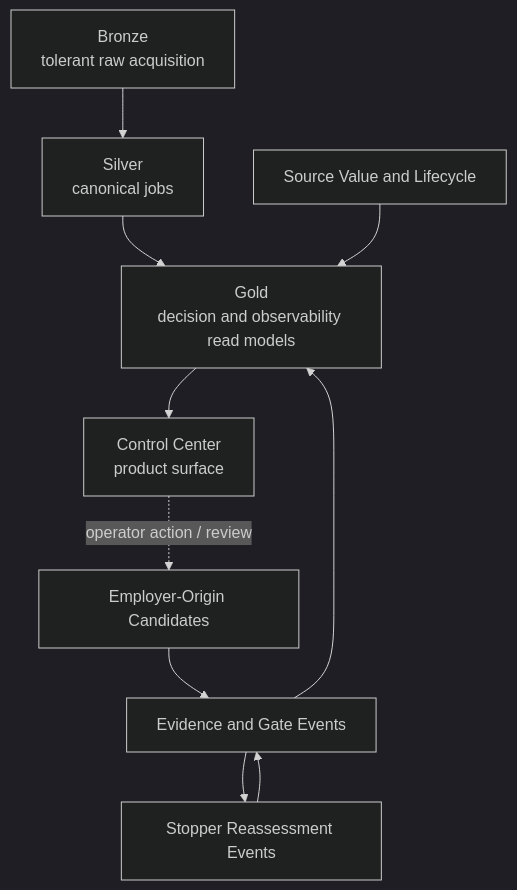
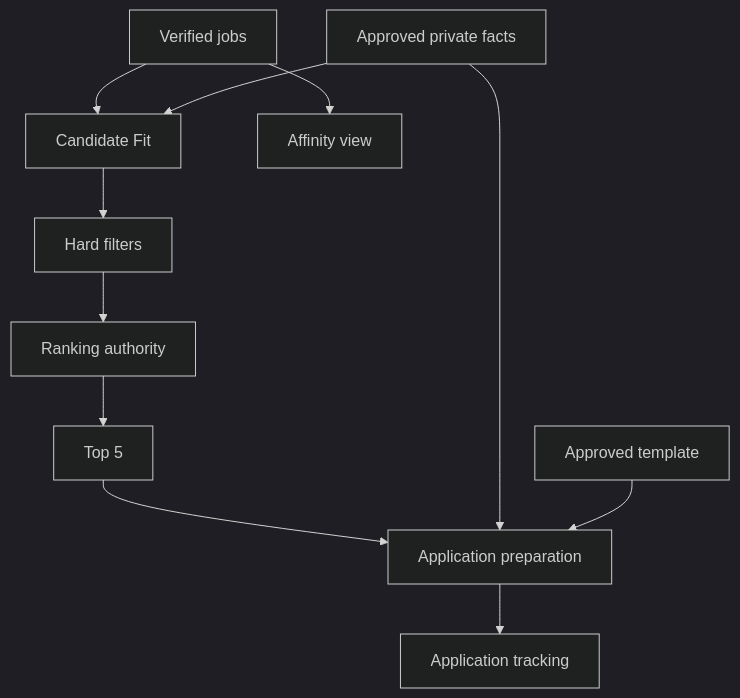
Before and after one commit to jenshaberle-dotcom/job-application-pipeline: the second of 5 diagrams in docs/current/system-diagrams.md, drawn with Mermaid (dark theme). The commit also changed other lines of this file and 357 other files, not shown here.

````diff
--- a/docs/current/system-diagrams.md
+++ b/docs/current/system-diagrams.md
@@ -130,18 +23,13 @@
 ```mermaid
-flowchart TB
-    RAW[Bronze<br/>tolerant raw acquisition]
-    SILVER[Silver<br/>canonical jobs]
-    GOLD[Gold<br/>decision and observability read models]
-    UI[Control Center<br/>product surface]
-
-    CAND[Employer-Origin Candidates]
-    EVID[Evidence and Gate Events]
-    STOP[Stopper Reassessment Events]
-    SRC[Source Value and Lifecycle]
-
-    RAW --> SILVER --> GOLD --> UI
-    CAND --> EVID --> GOLD
-    EVID --> STOP --> EVID
-    SRC --> GOLD
-    UI -.operator action / review.-> CAND
+flowchart TD
+    Jobs[Verified jobs] --> Fit[Candidate Fit]
+    Facts[Approved private facts] --> Fit
+    Jobs --> Affinity[Affinity view]
+    Fit --> Filter[Hard filters]
+    Filter --> Ranking[Ranking authority]
+    Ranking --> Top[Top 5]
+    Top --> Draft[Application preparation]
+    Facts --> Draft
+    Template[Approved template] --> Draft
+    Draft --> Track[Application tracking]
 ```
````
